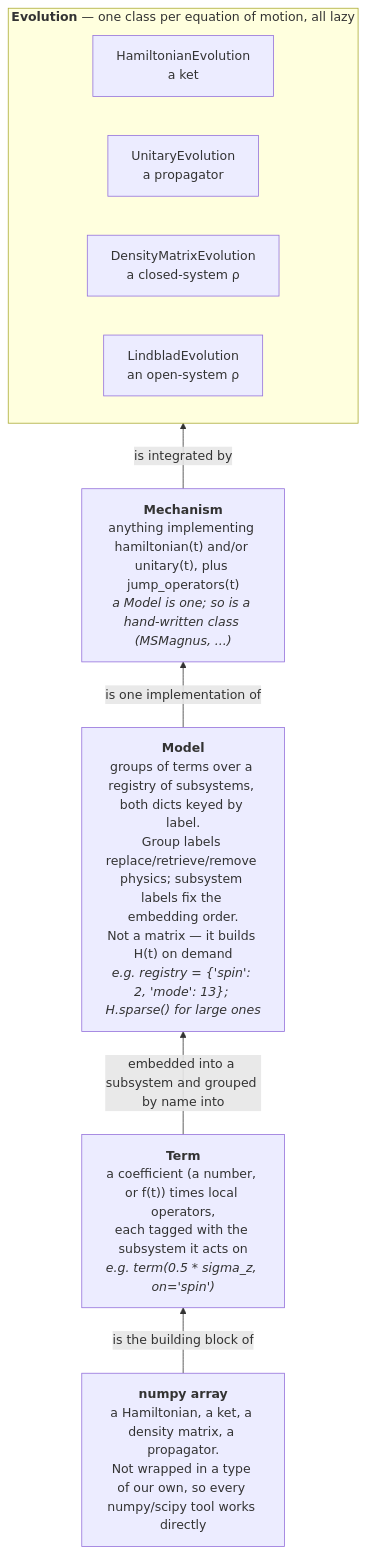
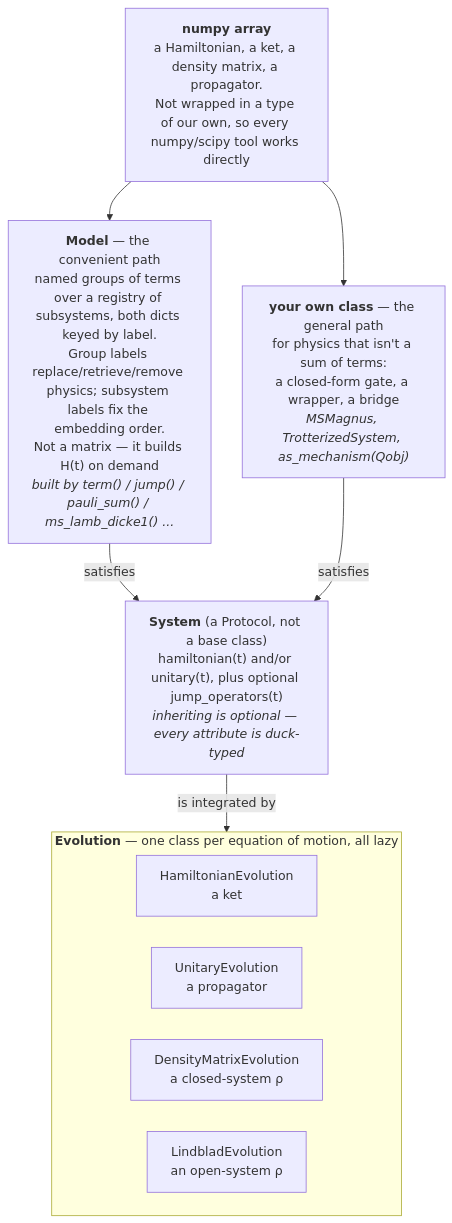
The diagram in README.md (bharraz/htdse), drawn with Mermaid before and after one commit. The commit also changed other lines of this file and 20 other files, not shown here.

````diff
--- a/README.md
+++ b/README.md
@@ -65,24 +72,25 @@
 ```mermaid
-%%{init: {"flowchart": {"rankSpacing": 60, "nodeSpacing": 50}}}%%
-flowchart BT
+%%{init: {"flowchart": {"rankSpacing": 50, "nodeSpacing": 40}}}%%
+flowchart TB
     OP["<b>numpy array</b><br/>a Hamiltonian, a ket, a density matrix, a propagator.<br/>Not wrapped in a type of our own, so every numpy/scipy tool works directly"]
 
-    TERM["<b>Term</b><br/>a coefficient (a number, or f(t)) times local operators,<br/>each tagged with the subsystem it acts on<br/><i>e.g. term(0.5 * sigma_z, on='spin')</i>"]
+    MODEL["<b>Model</b> — the convenient path<br/>named groups of terms over a registry of subsystems, both dicts keyed by label.<br/>Group labels replace/retrieve/remove physics; subsystem labels fix the embedding order.<br/>Not a matrix — it builds H(t) on demand<br/><i>built by term() / jump() / pauli_sum() / ms_lamb_dicke1() ...</i>"]
 
-    MODEL["<b>Model</b><br/>groups of terms over a registry of subsystems, both dicts keyed by label.<br/>Group labels replace/retrieve/remove physics; subsystem labels fix the embedding order.<br/>Not a matrix — it builds H(t) on demand<br/><i>e.g. registry = {'spin': 2, 'mode': 13}; H.sparse() for large ones</i>"]
+    OWN["<b>your own class</b> — the general path<br/>for physics that isn't a sum of terms:<br/>a closed-form gate, a wrapper, a bridge<br/><i>MSMagnus, TrotterizedSystem, as_mechanism(Qobj)</i>"]
 
-    MECH["<b>Mechanism</b><br/>anything implementing hamiltonian(t) and/or unitary(t), plus jump_operators(t)<br/><i>a Model is one; so is a hand-written class (MSMagnus, ...)</i>"]
+    SYS["<b>System</b> (a Protocol, not a base class)<br/>hamiltonian(t) and/or unitary(t), plus optional jump_operators(t)<br/><i>inheriting is optional — every attribute is duck-typed</i>"]
 
     subgraph EVO["<b>Evolution</b> — one class per equation of motion, all lazy"]
         direction LR
         E1["HamiltonianEvolution<br/>a ket"]
         E2["UnitaryEvolution<br/>a propagator"]
         E3["DensityMatrixEvolution<br/>a closed-system ρ"]
         E4["LindbladEvolution<br/>an open-system ρ"]
     end
 
-    OP -- "is the building block of" --> TERM
-    TERM -- "embedded into a subsystem and grouped by name into" --> MODEL
-    MODEL -- "is one implementation of" --> MECH
-    MECH -- "is integrated by" --> EVO
+    OP --> MODEL
+    OP --> OWN
+    MODEL -- "satisfies" --> SYS
+    OWN -- "satisfies" --> SYS
+    SYS -- "is integrated by" --> EVO
 ```
````
